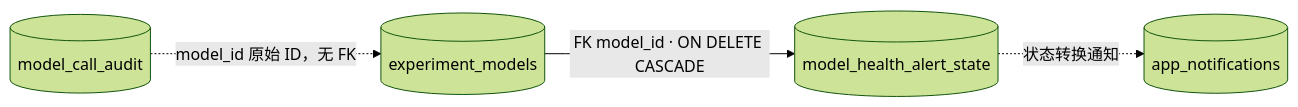
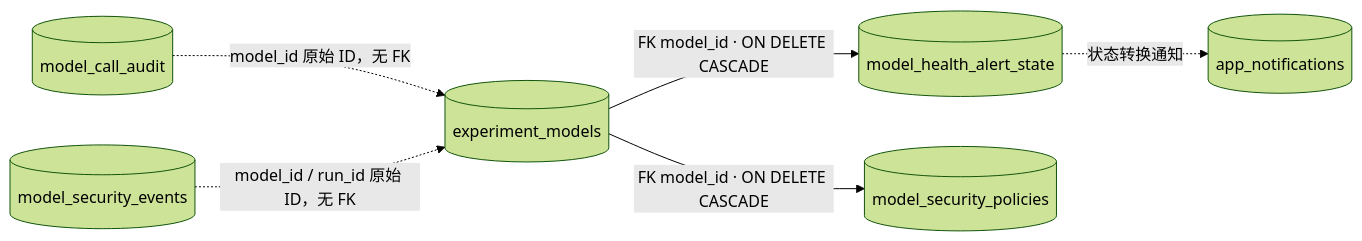
Before and after one commit to weiAX95/admin: the fourth of 16 diagrams in docs/database-relationships.md, drawn with Mermaid (forest theme). The commit also changed other lines of this file and 12 other files, not shown here.

Commit message:
feat: add per-model text safety policies

````diff
--- a/docs/database-relationships.md
+++ b/docs/database-relationships.md
@@ -44,6 +46,8 @@
 ```mermaid
 flowchart LR
   Models[(experiment_models)] -->|"FK model_id · ON DELETE CASCADE"| Health[(model_health_alert_state)]
+  Models -->|"FK model_id · ON DELETE CASCADE"| Policies[(model_security_policies)]
   Audit[(model_call_audit)] -. "model_id 原始 ID，无 FK" .-> Models
+  Events[(model_security_events)] -. "model_id / run_id 原始 ID，无 FK" .-> Models
   Health -. "状态转换通知" .-> Notifications[(app_notifications)]
 ```
````
